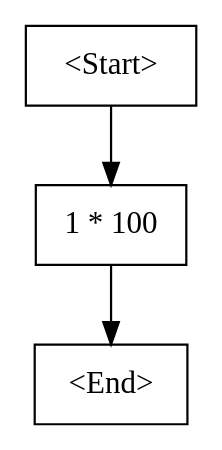
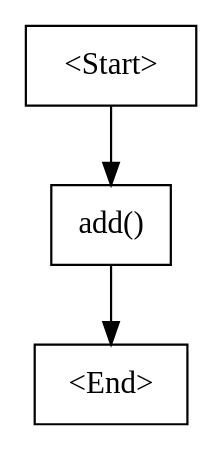
Before and after one commit to Sihuai2412/Epsilon: the diagram in src/epsilon.Program/bin/Debug/net9.0/cfg.dot, drawn with Graphviz. The commit also changed 27 other files, not shown here.

```diff
--- a/src/epsilon.Program/bin/Debug/net9.0/cfg.dot
+++ b/src/epsilon.Program/bin/Debug/net9.0/cfg.dot
@@ -1,7 +1,7 @@
 digraph G {
     N0 [label = "<Start>", shape = box]
-    N1 [label = "1 * 100", shape = box]
+    N1 [label = "add()", shape = box]
     N2 [label = "<End>", shape = box]
     N0 -> N1 [label = ""]
     N1 -> N2 [label = ""]
 }
```
